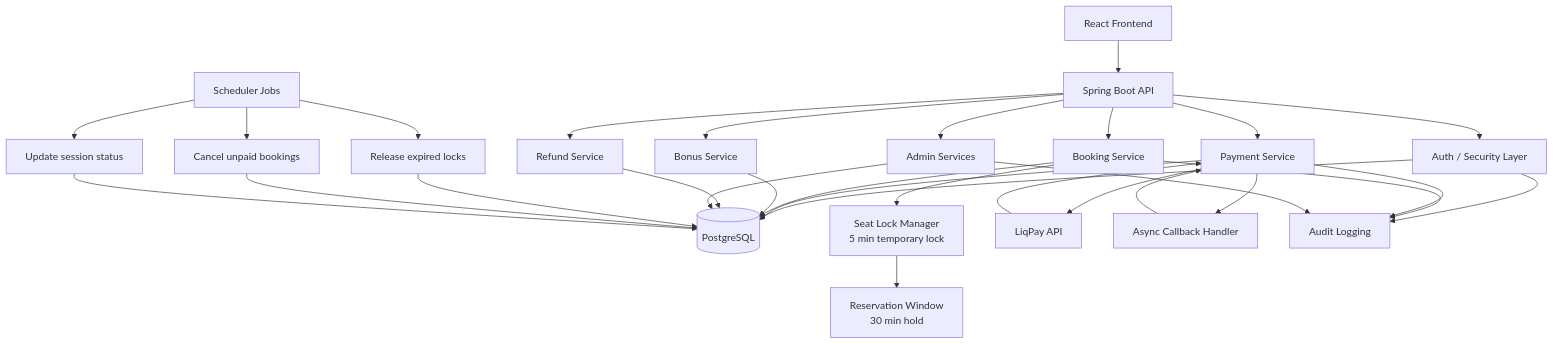
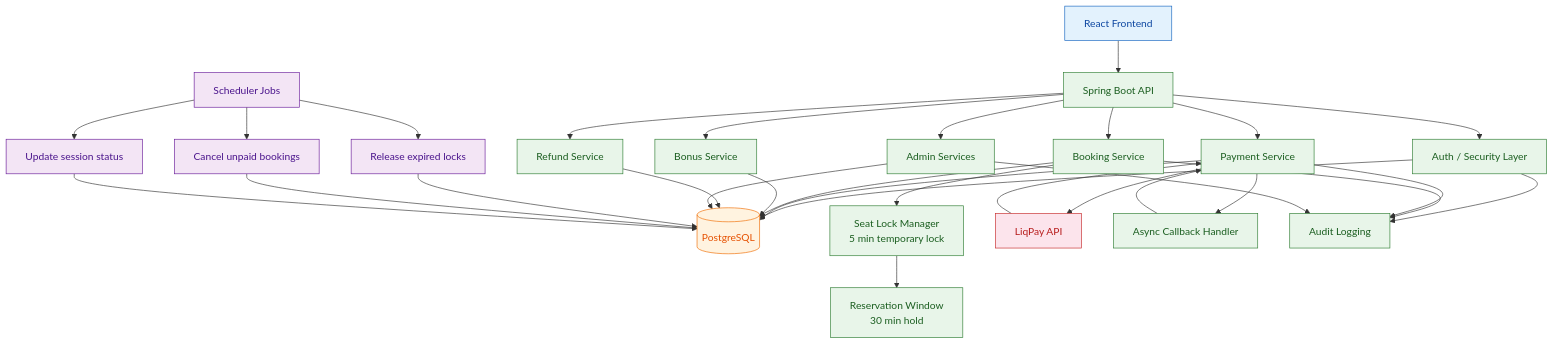
Before and after one commit to AntonBas/Cinema: the diagram in README.md, drawn with Mermaid. The commit also changed other lines of this file, not shown here.

Commit message:
docs: update README with architecture diagram and key flows

````diff
--- a/README.md
+++ b/README.md
@@ -59,52 +77,58 @@
 ```mermaid
 flowchart TD
+    %% Стилі
+    classDef client fill:#e3f2fd,stroke:#1565c0,color:#0d47a1
+    classDef backend fill:#e8f5e9,stroke:#2e7d32,color:#1b5e20
+    classDef db fill:#fff3e0,stroke:#ef6c00,color:#e65100
+    classDef external fill:#fce4ec,stroke:#c62828,color:#b71c1c
+    classDef scheduler fill:#f3e5f5,stroke:#6a1b9a,color:#4a148c
 
-%% ========== CLIENT ==========
-A[React Frontend]
+    %% ========== CLIENT ==========
+    A[React Frontend]:::client
 
-%% ========== BACKEND ==========
-A --> B[Spring Boot API]
+    %% ========== BACKEND ==========
+    A --> B[Spring Boot API]:::backend
 
-B --> C[Auth / Security Layer]
-B --> D[Booking Service]
-B --> E[Payment Service]
-B --> F[Bonus Service]
-B --> G[Refund Service]
-B --> H[Admin Services]
+    B --> C[Auth / Security Layer]:::backend
+    B --> D[Booking Service]:::backend
+    B --> E[Payment Service]:::backend
+    B --> F[Bonus Service]:::backend
+    B --> G[Refund Service]:::backend
+    B --> H[Admin Services]:::backend
 
-%% ========== DATABASE ==========
-C --> DB[(PostgreSQL)]
-D --> DB
-E --> DB
-F --> DB
-G --> DB
-H --> DB
+    %% ========== DATABASE ==========
+    C --> DB[(PostgreSQL)]:::db
+    D --> DB
+    E --> DB
+    F --> DB
+    G --> DB
+    H --> DB
 
-%% ========== CONCURRENCY FLOW ==========
-D --> L[Seat Lock Manager<br/>5 min temporary lock]
-L --> R[Reservation Window<br/>30 min hold]
+    %% ========== CONCURRENCY FLOW ==========
+    D --> L[Seat Lock Manager<br/>5 min temporary lock]:::backend
+    L --> R[Reservation Window<br/>30 min hold]:::backend
 
-%% ========== PAYMENT FLOW ==========
-E --> P[LiqPay API]
-P --> E
+    %% ========== PAYMENT FLOW ==========
+    E --> P[LiqPay API]:::external
+    P --> E
 
-E --> CB[Async Callback Handler]
-CB --> E
+    E --> CB[Async Callback Handler]:::backend
+    CB --> E
 
-%% ========== SCHEDULER ==========
-S[Scheduler Jobs]
+    %% ========== SCHEDULER ==========
+    S[Scheduler Jobs]:::scheduler
 
-S --> SL[Release expired locks]
-S --> SB[Cancel unpaid bookings]
-S --> SS[Update session status]
+    S --> SL[Release expired locks]:::scheduler
+    S --> SB[Cancel unpaid bookings]:::scheduler
+    S --> SS[Update session status]:::scheduler
 
-SL --> DB
-SB --> DB
-SS --> DB
+    SL --> DB
+    SB --> DB
+    SS --> DB
 
-%% ========== CROSS-CUTTING ==========
-C --> AUDIT[Audit Logging]
-D --> AUDIT
-E --> AUDIT
-H --> AUDIT
+    %% ========== CROSS-CUTTING ==========
+    C --> AUDIT[Audit Logging]:::backend
+    D --> AUDIT
+    E --> AUDIT
+    H --> AUDIT
 ```
````
